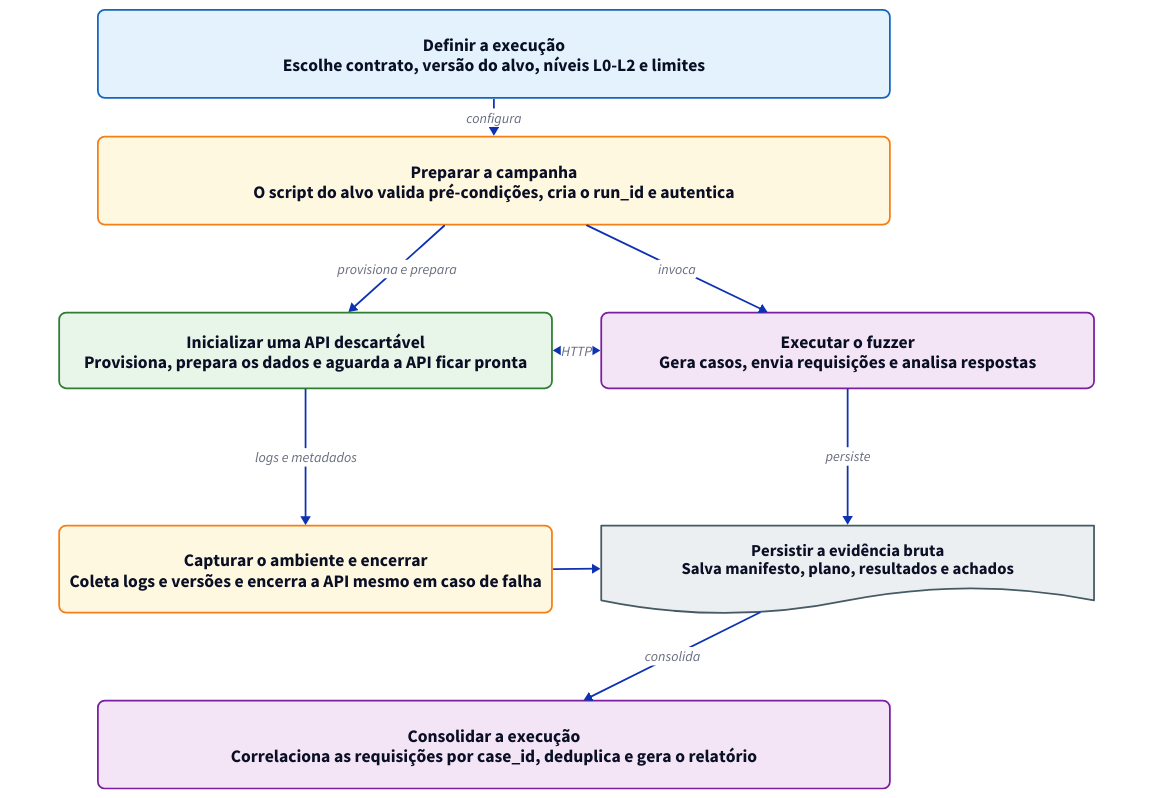
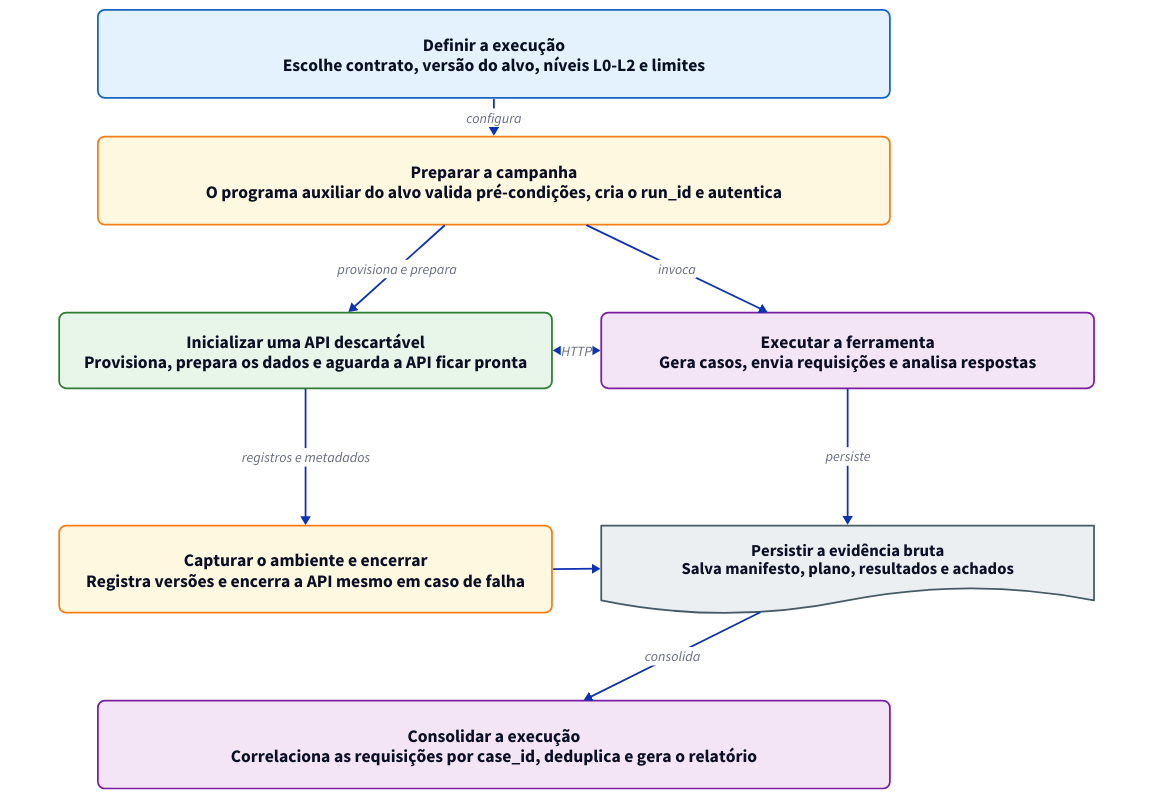
One commit to Levi-21545/api-fuzzer changed the diagram in docs/Diagrams/experimental-architecture.d2. Above: the diagram before and after it, drawn with D2. The commit also changed 11 other files, not shown here.

```diff
--- a/docs/Diagrams/experimental-architecture.d2
+++ b/docs/Diagrams/experimental-architecture.d2
@@ -1,146 +1,146 @@
 # Ciclo de uma execução experimental isolada
 # d2 --layout elk --pad 32 experimental-architecture.d2 experimental-architecture.svg
 
 direction: down
 grid-columns: 1
 grid-gap: 44
 style.fill: "#FFFFFF"
 
 classes: {
   setup: {
     style: {
       fill: "#E3F2FD"
       stroke: "#1565C0"
       stroke-width: 2
       border-radius: 8
       font-size: 20
     }
   }
   control: {
     style: {
       fill: "#FFF8E1"
       stroke: "#F57F17"
       stroke-width: 2
       border-radius: 8
       font-size: 20
     }
   }
   runtime: {
     style: {
       fill: "#E8F5E9"
       stroke: "#2E7D32"
       stroke-width: 2
       border-radius: 8
       font-size: 20
     }
   }
   process: {
     style: {
       fill: "#F3E5F5"
       stroke: "#7B1FA2"
       stroke-width: 2
       border-radius: 8
       font-size: 20
     }
   }
   evidence: {
     shape: document
     style: {
       fill: "#ECEFF1"
       stroke: "#455A64"
       stroke-width: 2
       font-size: 19
     }
   }
   row: {
     style: {
       fill: transparent
       stroke: transparent
     }
   }
   spacer: {
     style: {
       fill: transparent
       stroke: transparent
       opacity: 0
     }
   }
 }
 
 top_row: "" {
   grid-columns: 3
   grid-gap: 0
   class: row
 
   pad_left: "" { class: spacer }
   definition: "Definir a execução\nEscolhe contrato, versão do alvo, níveis L0-L2 e limites" {
     class: setup
     width: 900
   }
   pad_right: "" { class: spacer }
 }
 
 runner_row: "" {
   grid-columns: 3
   grid-gap: 0
   class: row
 
   pad_left: "" { class: spacer }
-  runner: "Preparar a campanha\nO script do alvo valida pré-condições, cria o run_id e autentica" {
+  runner: "Preparar a campanha\nO programa auxiliar do alvo valida pré-condições, cria o run_id e autentica" {
     class: control
     width: 900
   }
   pad_right: "" { class: spacer }
 }
 
 runtime_row: "" {
   grid-columns: 2
   grid-gap: 56
   class: row
 
   target: "Inicializar uma API descartável\nProvisiona, prepara os dados e aguarda a API ficar pronta" {
     class: runtime
     width: 560
   }
-  fuzzer: "Executar o fuzzer\nGera casos, envia requisições e analisa respostas" {
+  fuzzer: "Executar a ferramenta\nGera casos, envia requisições e analisa respostas" {
     class: process
     width: 560
   }
 }
 
 capture_row: "" {
   grid-columns: 2
   grid-gap: 56
   class: row
 
-  cleanup: "Capturar o ambiente e encerrar\nColeta logs e versões e encerra a API mesmo em caso de falha" {
+  cleanup: "Capturar o ambiente e encerrar\nRegistra versões e encerra a API mesmo em caso de falha" {
     class: control
     width: 560
   }
   raw: "Persistir a evidência bruta\nSalva manifesto, plano, resultados e achados" {
     class: evidence
     width: 560
   }
 }
 
 final_row: "" {
   grid-columns: 3
   grid-gap: 0
   class: row
 
   pad_left: "" { class: spacer }
   postprocess: "Consolidar a execução\nCorrelaciona as requisições por case_id, deduplica e gera o relatório" {
     class: process
     width: 900
   }
   pad_right: "" { class: spacer }
 }
 
 top_row.definition -> runner_row.runner: "configura"
 runner_row.runner -> runtime_row.target: "provisiona e prepara"
 runner_row.runner -> runtime_row.fuzzer: "invoca"
 runtime_row.target <-> runtime_row.fuzzer: "HTTP"
-runtime_row.target -> capture_row.cleanup: "logs e metadados"
+runtime_row.target -> capture_row.cleanup: "registros e metadados"
 runtime_row.fuzzer -> capture_row.raw: "persiste"
 capture_row.cleanup -> capture_row.raw
 capture_row.raw -> final_row.postprocess: "consolida"
```
